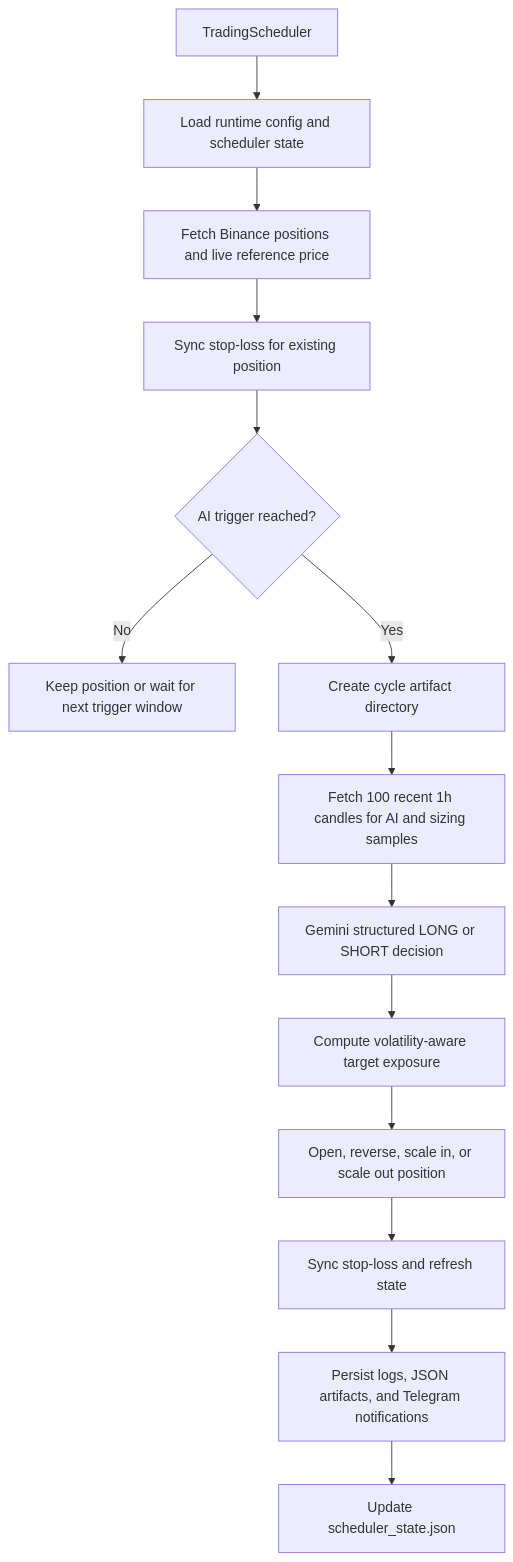
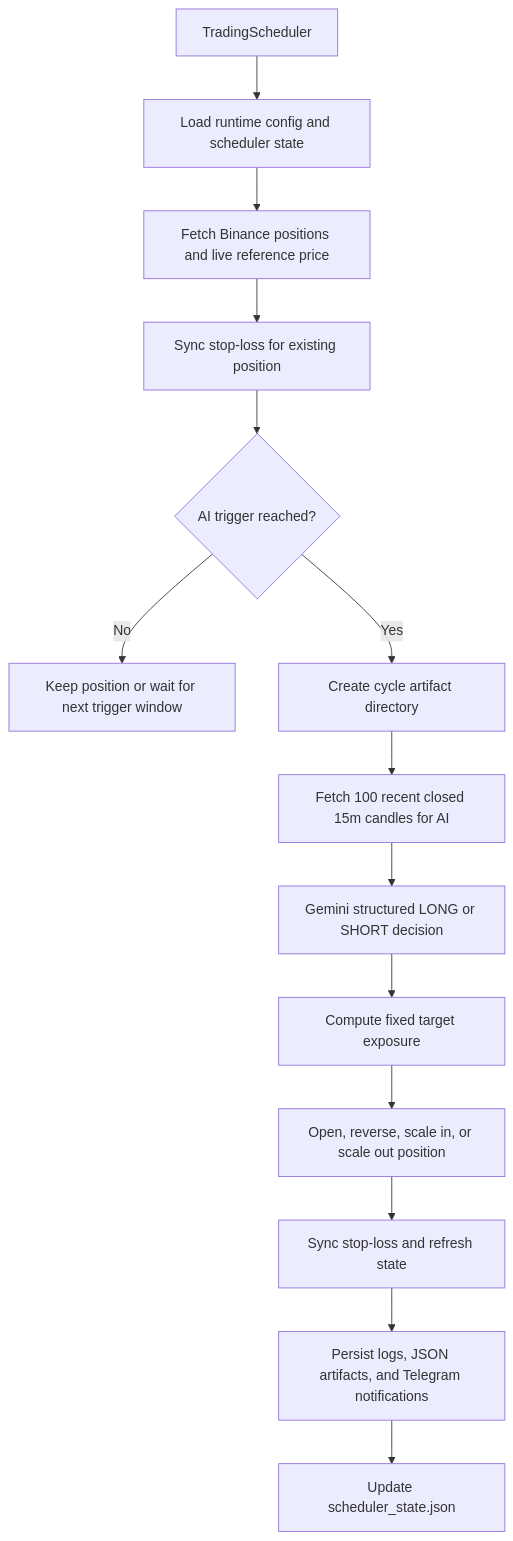
The diagram in README.md (cranesun1226/hak-gemini-binance-trader), drawn with Mermaid before and after one commit. The commit also changed other lines of this file and 9 other files, not shown here.

````diff
--- a/README.md
+++ b/README.md
@@ -66,16 +66,16 @@
 ```mermaid
 flowchart TD
     A[TradingScheduler] --> B[Load runtime config and scheduler state]
     B --> C[Fetch Binance positions and live reference price]
     C --> D[Sync stop-loss for existing position]
     D --> E{AI trigger reached?}
     E -- No --> F[Keep position or wait for next trigger window]
     E -- Yes --> G[Create cycle artifact directory]
-    G --> H[Fetch 100 recent 1h candles for AI and sizing samples]
+    G --> H[Fetch 100 recent closed 15m candles for AI]
     H --> I[Gemini structured LONG or SHORT decision]
-    I --> J[Compute volatility-aware target exposure]
+    I --> J[Compute fixed target exposure]
     J --> K[Open, reverse, scale in, or scale out position]
     K --> L[Sync stop-loss and refresh state]
     L --> M[Persist logs, JSON artifacts, and Telegram notifications]
     M --> N[Update scheduler_state.json]
 ```
````
